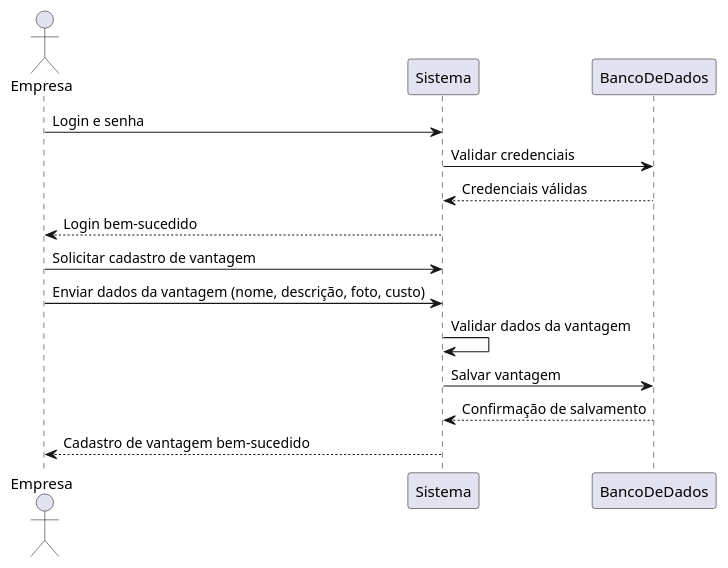
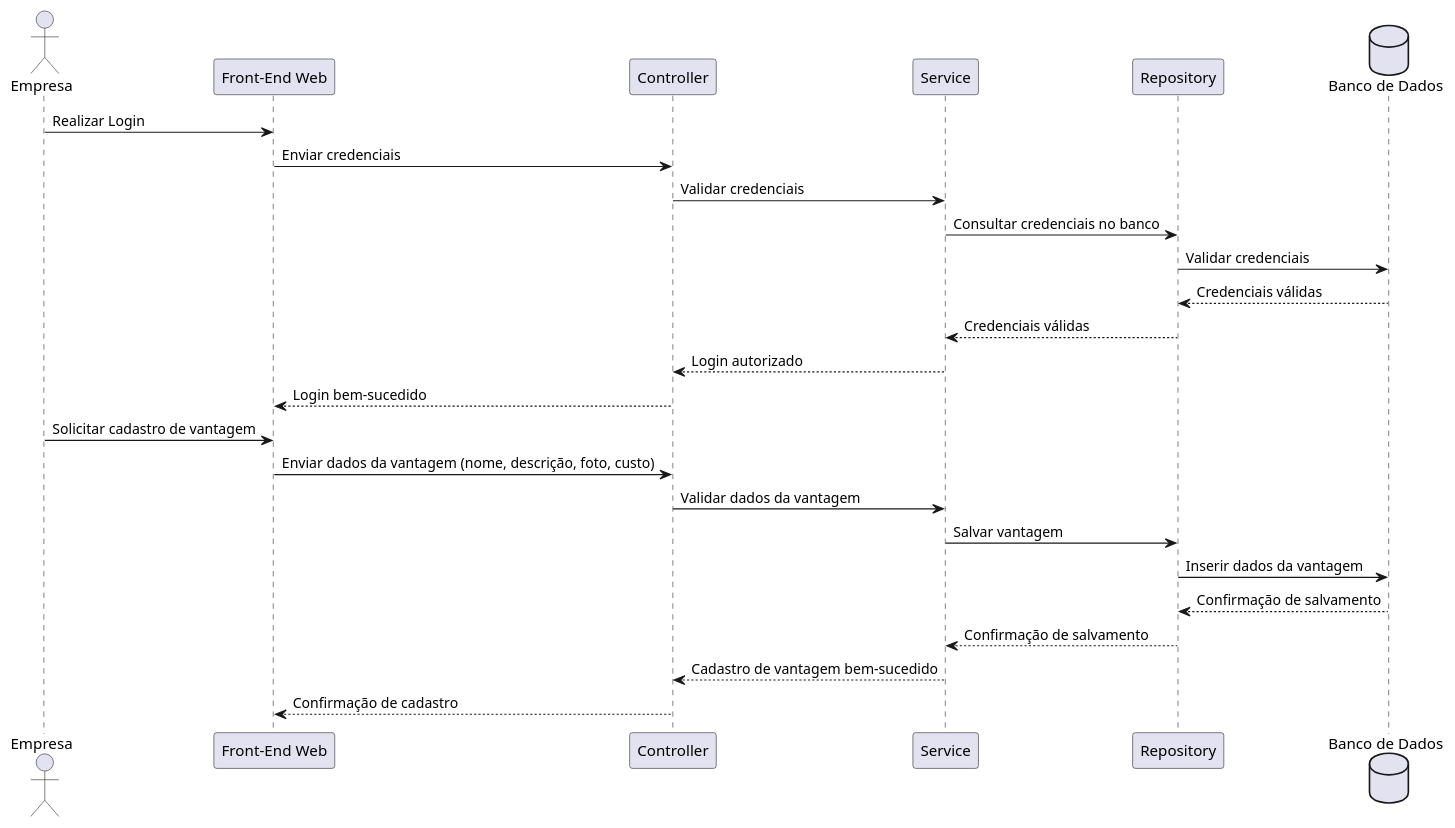
Before and after one commit to pedromaximocampos/LAB_03: the diagram in projeto/diagramaDeSequenciaCadastroVantagem.puml, drawn with PlantUML. The commit also changed 1 other file, not shown here.

Commit message:
Diagrama de sequencias atualizados

```diff
--- a/projeto/diagramaDeSequenciaCadastroVantagem.puml
+++ b/projeto/diagramaDeSequenciaCadastroVantagem.puml
@@ -1,17 +1,28 @@
 @startuml
 actor Empresa
-participant Sistema
-participant BancoDeDados
+participant "Front-End Web" as FrontEnd
+participant "Controller" as Controller
+participant "Service" as Service
+participant "Repository" as Repository
+database "Banco de Dados" as DB
 
-Empresa -> Sistema: Login e senha
-Sistema -> BancoDeDados: Validar credenciais
-BancoDeDados --> Sistema: Credenciais válidas
-Sistema --> Empresa: Login bem-sucedido
+Empresa -> FrontEnd: Realizar Login
+FrontEnd -> Controller: Enviar credenciais
+Controller -> Service: Validar credenciais
+Service -> Repository: Consultar credenciais no banco
+Repository -> DB: Validar credenciais
+DB --> Repository: Credenciais válidas
+Repository --> Service: Credenciais válidas
+Service --> Controller: Login autorizado
+Controller --> FrontEnd: Login bem-sucedido
 
-Empresa -> Sistema: Solicitar cadastro de vantagem
-Empresa -> Sistema: Enviar dados da vantagem (nome, descrição, foto, custo)
-Sistema -> Sistema: Validar dados da vantagem
-Sistema -> BancoDeDados: Salvar vantagem
-BancoDeDados --> Sistema: Confirmação de salvamento
-Sistema --> Empresa: Cadastro de vantagem bem-sucedido
+Empresa -> FrontEnd: Solicitar cadastro de vantagem
+FrontEnd -> Controller: Enviar dados da vantagem (nome, descrição, foto, custo)
+Controller -> Service: Validar dados da vantagem
+Service -> Repository: Salvar vantagem
+Repository -> DB: Inserir dados da vantagem
+DB --> Repository: Confirmação de salvamento
+Repository --> Service: Confirmação de salvamento
+Service --> Controller: Cadastro de vantagem bem-sucedido
+Controller --> FrontEnd: Confirmação de cadastro
 @enduml
```
